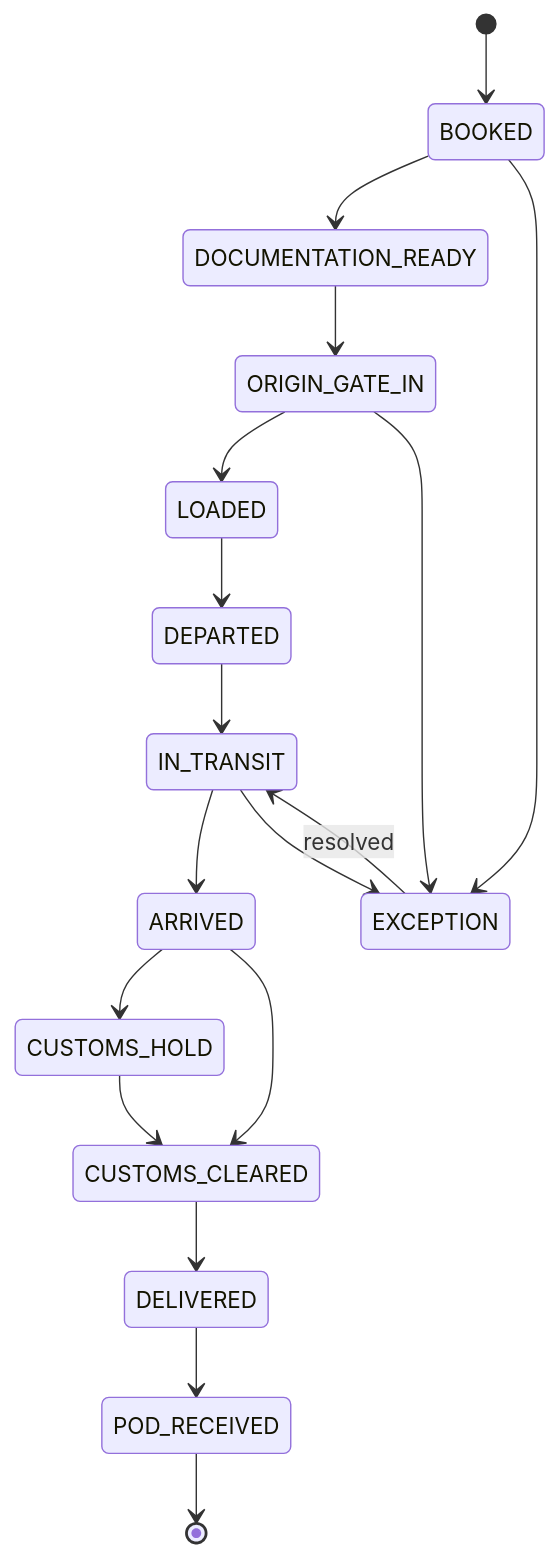
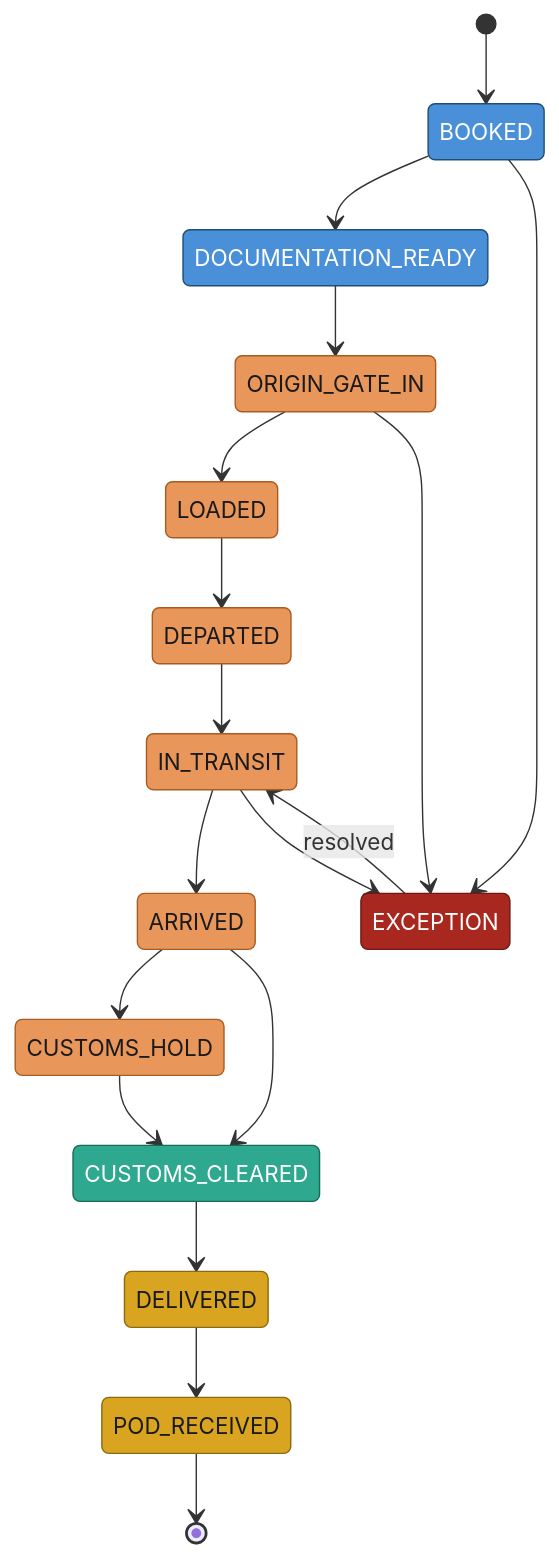
Diagram 14 of 36 in lib/src/main/java/org/pk/practices/design/supplychain/DESIGN.md (Pratyush576/CodingPractice), drawn with Mermaid before and after one commit. The commit also changed other lines of this file and 5 other files, not shown here.

Commit message:
Enhanced the diagrams

````diff
--- a/lib/src/main/java/org/pk/practices/design/supplychain/DESIGN.md
+++ b/lib/src/main/java/org/pk/practices/design/supplychain/DESIGN.md
@@ -1181,20 +1300,31 @@
 ```mermaid
 stateDiagram-v2
     [*] --> BOOKED
     BOOKED --> DOCUMENTATION_READY
     DOCUMENTATION_READY --> ORIGIN_GATE_IN
     ORIGIN_GATE_IN --> LOADED
     LOADED --> DEPARTED
     DEPARTED --> IN_TRANSIT
     IN_TRANSIT --> ARRIVED
     ARRIVED --> CUSTOMS_HOLD
     ARRIVED --> CUSTOMS_CLEARED
     CUSTOMS_HOLD --> CUSTOMS_CLEARED
     CUSTOMS_CLEARED --> DELIVERED
     DELIVERED --> POD_RECEIVED
     POD_RECEIVED --> [*]
     BOOKED --> EXCEPTION
     ORIGIN_GATE_IN --> EXCEPTION
     IN_TRANSIT --> EXCEPTION
     EXCEPTION --> IN_TRANSIT : resolved
+
+    classDef early fill:#4a90d9,stroke:#1c4e78,color:#ffffff
+    classDef executing fill:#e8965a,stroke:#a85c1f,color:#1a1a1a
+    classDef cleared fill:#2ea88f,stroke:#146b58,color:#ffffff
+    classDef success fill:#d9a521,stroke:#8a6a0f,color:#1a1a1a
+    classDef exception fill:#a8271f,stroke:#6b1a14,color:#ffffff
+    class BOOKED,DOCUMENTATION_READY early
+    class ORIGIN_GATE_IN,LOADED,DEPARTED,IN_TRANSIT,ARRIVED,CUSTOMS_HOLD executing
+    class CUSTOMS_CLEARED cleared
+    class DELIVERED,POD_RECEIVED success
+    class EXCEPTION exception
 ```
````
